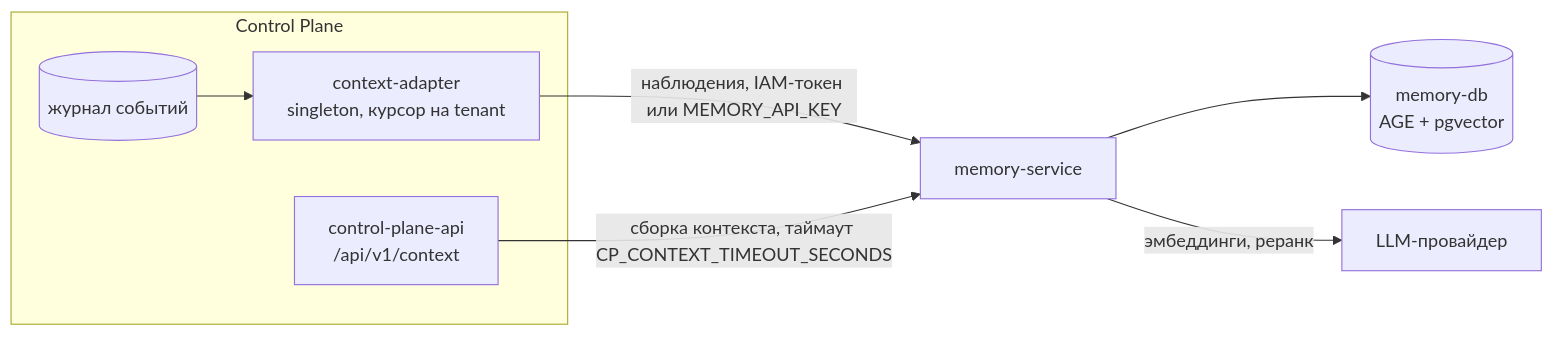
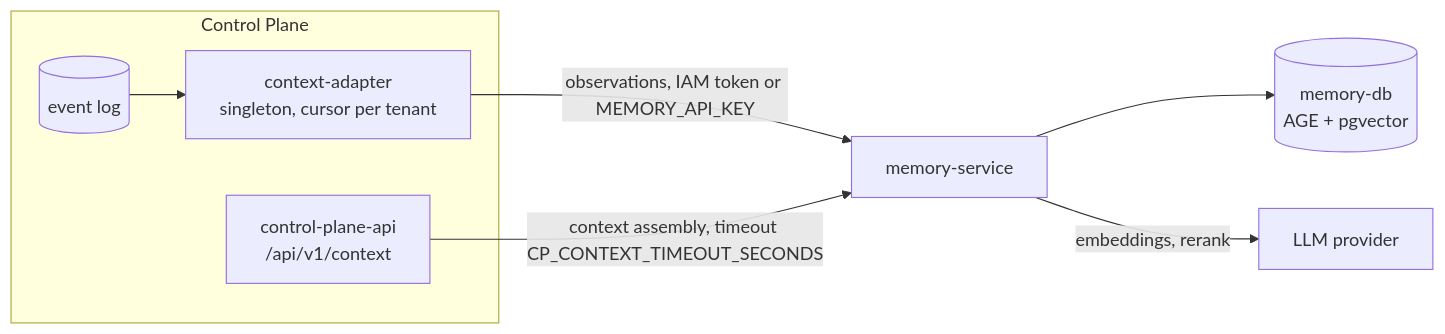
The diagram in guide/docs/troubleshooting/memory.md (monthu56/taimen), drawn with Mermaid before and after one commit. The commit also changed other lines of this file and 183 other files, not shown here.

````diff
--- a/guide/docs/troubleshooting/memory.md
+++ b/guide/docs/troubleshooting/memory.md
@@ -10,11 +11,11 @@
 ```mermaid
 flowchart LR
     subgraph cp[Control Plane]
-        J[(журнал событий)] --> A[context-adapter<br/>singleton, курсор на tenant]
+        J[(event log)] --> A[context-adapter<br/>singleton, cursor per tenant]
         API[control-plane-api<br/>/api/v1/context]
     end
-    A -->|наблюдения, IAM-токен или MEMORY_API_KEY| M[memory-service]
-    API -->|сборка контекста, таймаут CP_CONTEXT_TIMEOUT_SECONDS| M
+    A -->|observations, IAM token or MEMORY_API_KEY| M[memory-service]
+    API -->|context assembly, timeout CP_CONTEXT_TIMEOUT_SECONDS| M
     M --> DB[(memory-db<br/>AGE + pgvector)]
-    M -->|эмбеддинги, реранк| LLM[LLM-провайдер]
+    M -->|embeddings, rerank| LLM[LLM provider]
 ```
````
